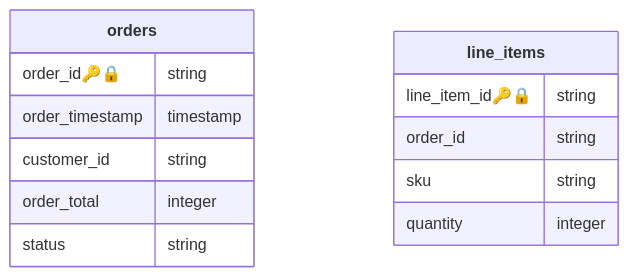
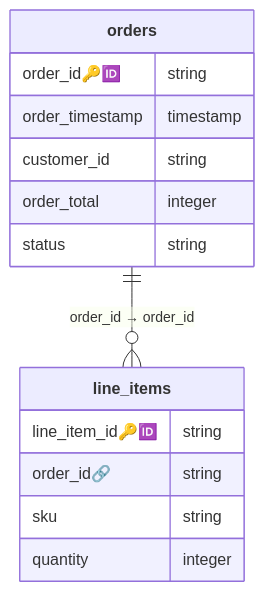
One commit to datacontract/datacontract-cli changed the diagram in docs/docs/exports/mermaid.md. Above: the diagram before and after it, drawn with Mermaid. The commit also changed other lines of this file and 42 other files, not shown here.

First line of the commit message:
Feature/export markdown diagram and html (#1827)

````diff
--- a/docs/docs/exports/mermaid.md
+++ b/docs/docs/exports/mermaid.md
@@ -19,16 +19,18 @@
 ```mermaid
 erDiagram
         "**orders**" {
-        order_id🔑🔒 string
+        order_id🔑🆔 string
         order_timestamp timestamp
         customer_id string
         order_total integer
         status string
 }
         "**line_items**" {
-        line_item_id🔑🔒 string
-        order_id string
+        line_item_id🔑🆔 string
+        order_id🔗 string
         sku string
         quantity integer
 }
+
+"**orders**" ||--o{ "**line_items**" : "order_id → order_id"
 ```
````
